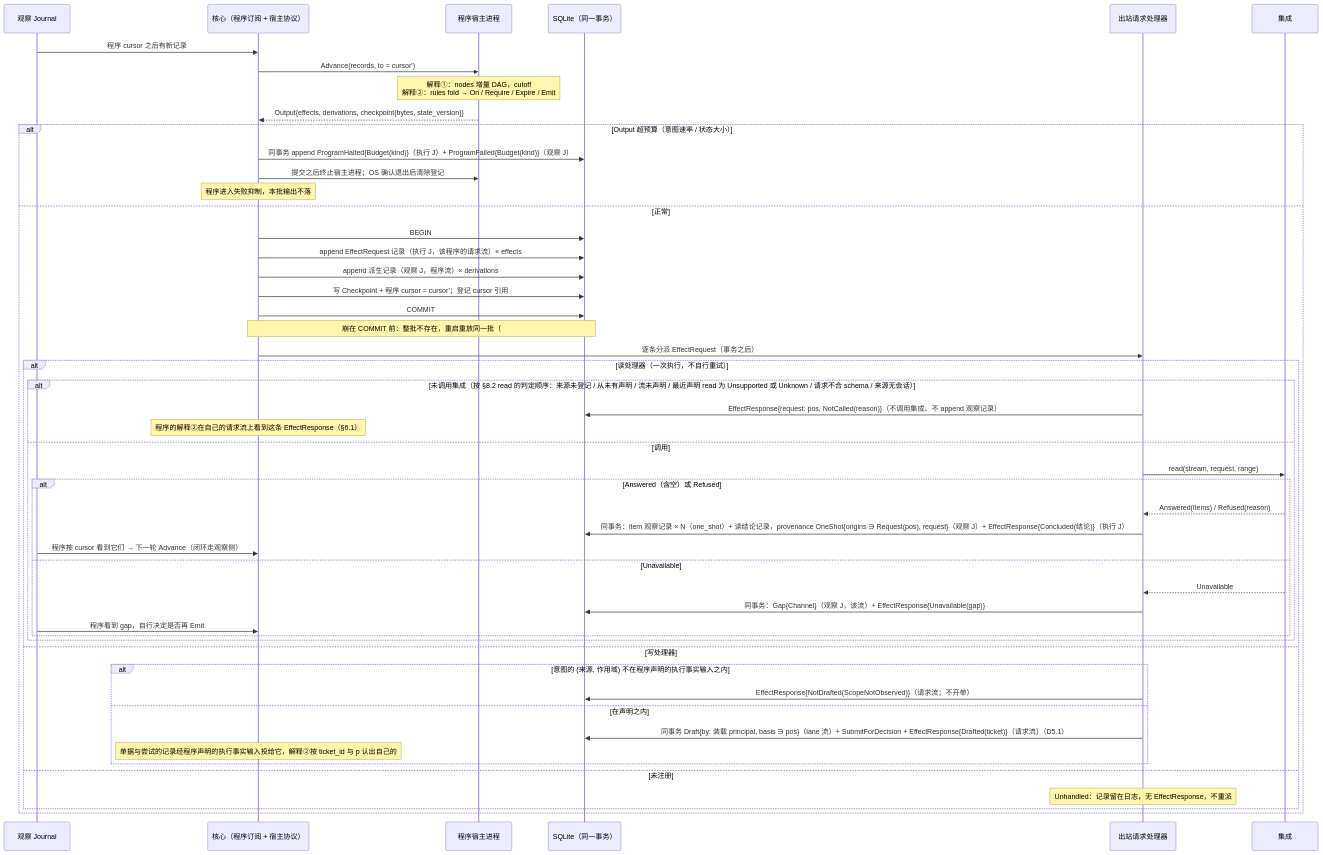
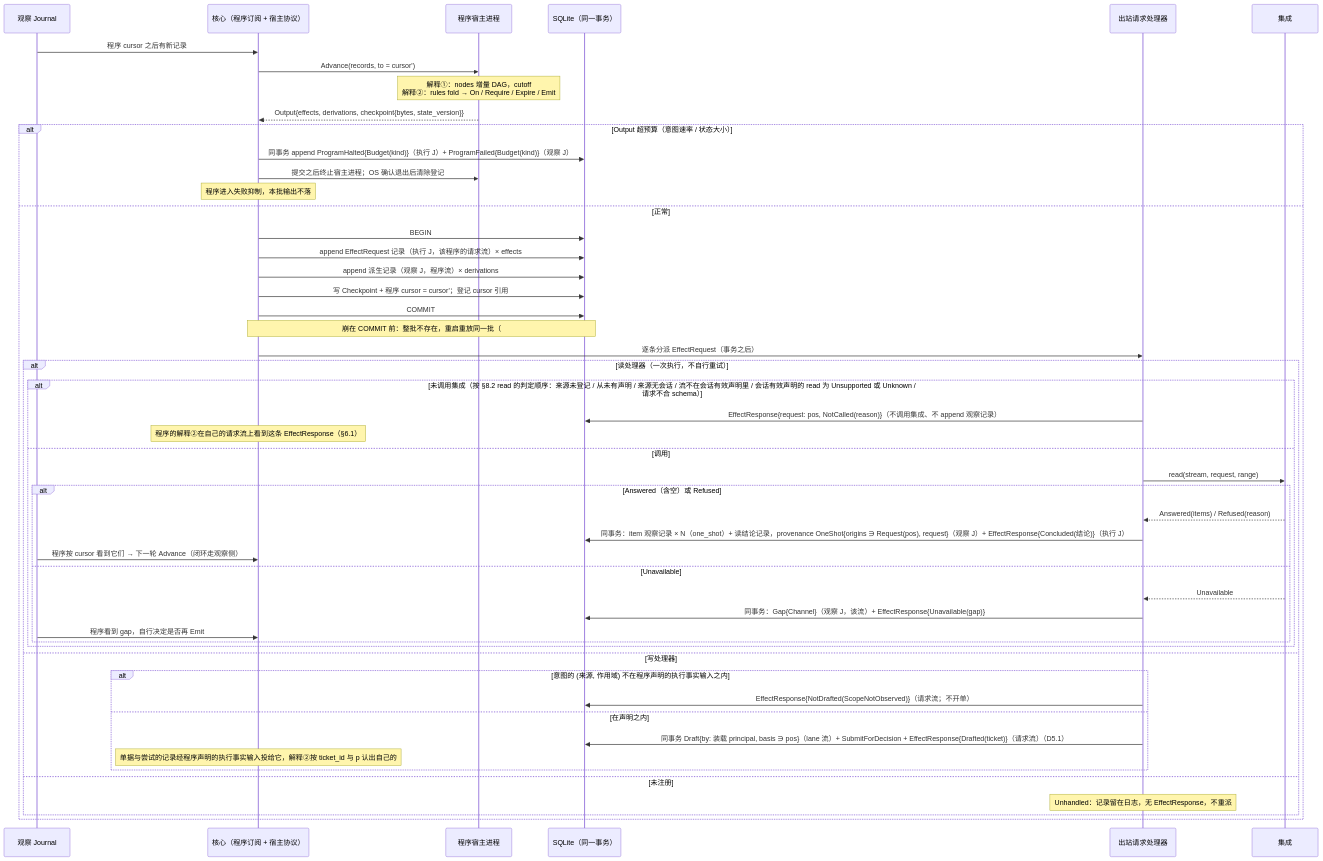
Before and after one commit to mouriya-s-lab/uta: the first of 3 diagrams in design/diagrams/04-program-host.md, drawn with Mermaid. The commit also changed other lines of this file and 6 other files, not shown here.

````diff
--- a/design/diagrams/04-program-host.md
+++ b/design/diagrams/04-program-host.md
@@ -9,52 +9,52 @@
 ```mermaid
 sequenceDiagram
   participant J as 观察 Journal
   participant C as 核心（程序订阅 + 宿主协议）
   participant H as 程序宿主进程
   participant DB as SQLite（同一事务）
   participant O as 出站请求处理器
   participant I as 集成
   J->>C: 程序 cursor 之后有新记录
   C->>H: Advance(records, to = cursor')
   Note over H: 解释①：nodes 增量 DAG，cutoff<br/>解释②：rules fold → On / Require / Expire / Emit
   H-->>C: Output{effects, derivations, checkpoint{bytes, state_version}}
   alt Output 超预算（意图速率 / 状态大小）
     C->>DB: 同事务 append ProgramHalted{Budget(kind)}（执行 J）+ ProgramFailed{Budget(kind)}（观察 J）
     C->>H: 提交之后终止宿主进程；OS 确认退出后清除登记
     Note over C: 程序进入失败抑制，本批输出不落
   else 正常
     C->>DB: BEGIN
     C->>DB: append EffectRequest 记录（执行 J，该程序的请求流）× effects
     C->>DB: append 派生记录（观察 J，程序流）× derivations
     C->>DB: 写 Checkpoint + 程序 cursor = cursor'；登记 cursor 引用
     C->>DB: COMMIT
     Note over C,DB: 崩在 COMMIT 前：整批不存在，重启重放同一批（#16）
     C->>O: 逐条分派 EffectRequest（事务之后）
     alt 读处理器（一次执行，不自行重试）
-      alt 未调用集成（按 §8.2 read 的判定顺序：来源未登记 / 从未有声明 / 流未声明 / 最近声明 read 为 Unsupported 或 Unknown / 请求不合 schema / 来源无会话）
+      alt 未调用集成（按 §8.2 read 的判定顺序：来源未登记 / 从未有声明 / 来源无会话 / 流不在会话有效声明里 / 会话有效声明的 read 为 Unsupported 或 Unknown / 请求不合 schema）
         O->>DB: EffectResponse{request: pos, NotCalled(reason)}（不调用集成、不 append 观察记录）
         Note over C: 程序的解释②在自己的请求流上看到这条 EffectResponse（§6.1）
       else 调用
         O->>I: read(stream, request, range)
         alt Answered（含空）或 Refused
           I-->>O: Answered(items) / Refused(reason)
           O->>DB: 同事务：item 观察记录 × N（one_shot）+ 读结论记录，provenance OneShot{origins ∋ Request(pos), request}（观察 J）+ EffectResponse{Concluded(结论)}（执行 J）
           J->>C: 程序按 cursor 看到它们 → 下一轮 Advance（闭环走观察侧）
         else Unavailable
           I-->>O: Unavailable
           O->>DB: 同事务：Gap{Channel}（观察 J，该流）+ EffectResponse{Unavailable(gap)}
           J->>C: 程序看到 gap，自行决定是否再 Emit
         end
       end
     else 写处理器
       alt 意图的 (来源, 作用域) 不在程序声明的执行事实输入之内
         O->>DB: EffectResponse{NotDrafted(ScopeNotObserved)}（请求流；不开单）
       else 在声明之内
         O->>DB: 同事务 Draft{by: 装载 principal, basis ∋ pos}（lane 流）+ SubmitForDecision + EffectResponse{Drafted(ticket)}（请求流）（D5.1）
         Note over C: 单据与尝试的记录经程序声明的执行事实输入投给它，解释②按 ticket_id 与 p 认出自己的
       end
     else 未注册
       Note over O: Unhandled：记录留在日志，无 EffectResponse，不重派
     end
   end
 ```
````
